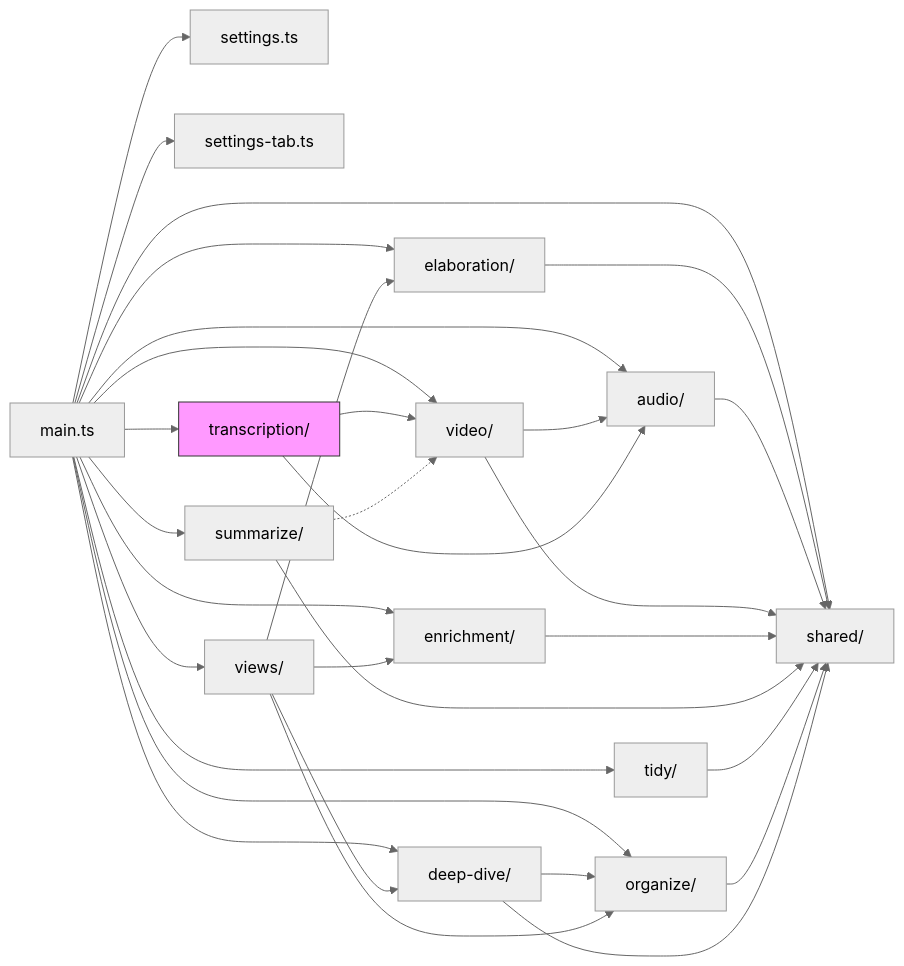
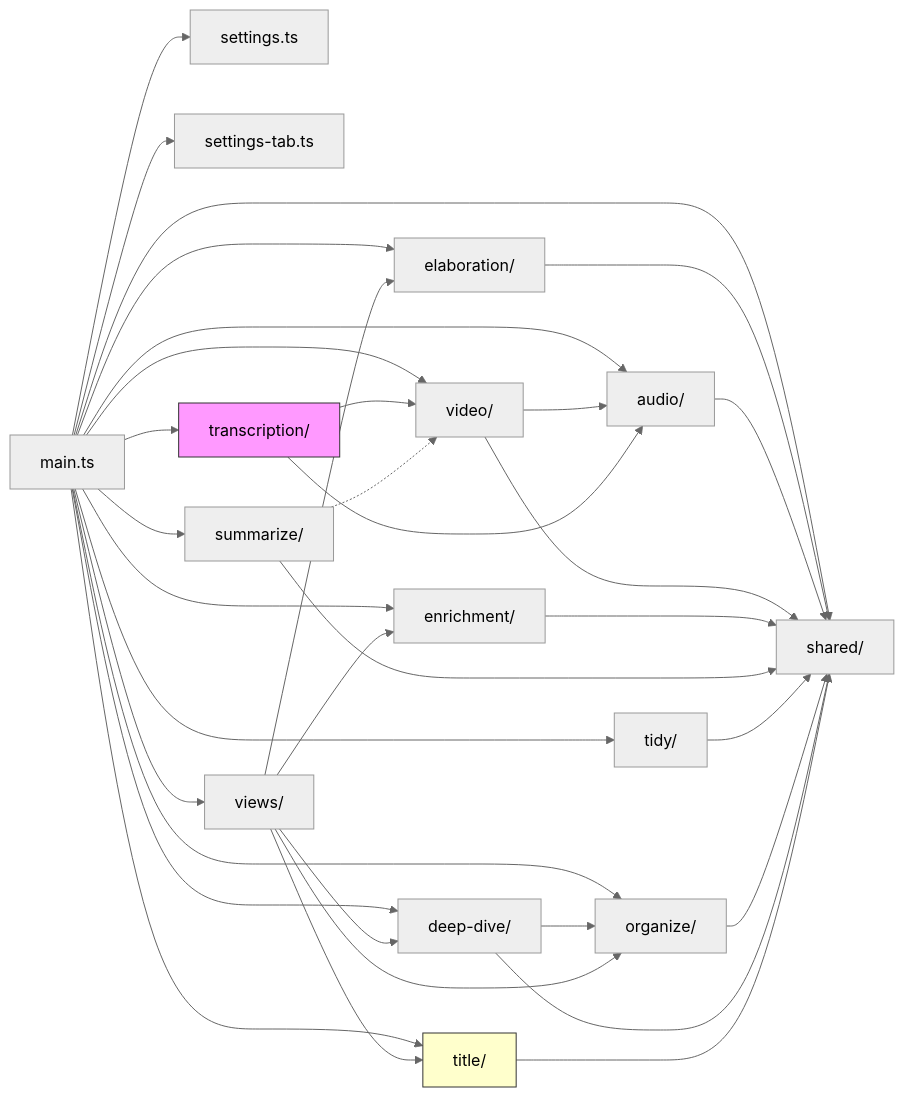
One commit to dustinkeeton/obsidian-synapse changed the second of 9 diagrams in ARCHITECTURE.md. Above: the diagram before and after it, drawn with Mermaid (neutral theme). The commit also changed other lines of this file and 15 other files, not shown here.

First line of the commit message:
chore: codebase audit — architecture fixes and docs refresh (#158)

````diff
--- a/ARCHITECTURE.md
+++ b/ARCHITECTURE.md
@@ -152,36 +162,40 @@
 ```mermaid
 graph LR
     Main["main.ts"] --> Settings["settings.ts"]
     Main --> SettingsTab["settings-tab.ts"]
     Main --> Shared["shared/"]
     Main --> Views["views/"]
     Main --> Elab["elaboration/"]
     Main --> Audio["audio/"]
     Main --> Video["video/"]
     Main --> Trans["transcription/"]
     Main --> Enrich["enrichment/"]
     Main --> Summ["summarize/"]
     Main --> Tidy["tidy/"]
     Main --> Org["organize/"]
     Main --> DD["deep-dive/"]
+    Main --> Title["title/"]
 
     Elab --> Shared
     Audio --> Shared
     Video --> Shared
     Video --> Audio
     Trans --> Audio
     Trans --> Video
     Enrich --> Shared
     Summ --> Shared
     Summ -.-> Video
     Tidy --> Shared
     Org --> Shared
     DD --> Shared
     DD --> Org
+    Title --> Shared
     Views --> Elab
     Views --> Enrich
     Views --> Org
     Views --> DD
+    Views --> Title
 
     style Trans fill:#f9f,stroke:#333
+    style Title fill:#ffc,stroke:#333
 ```
````
